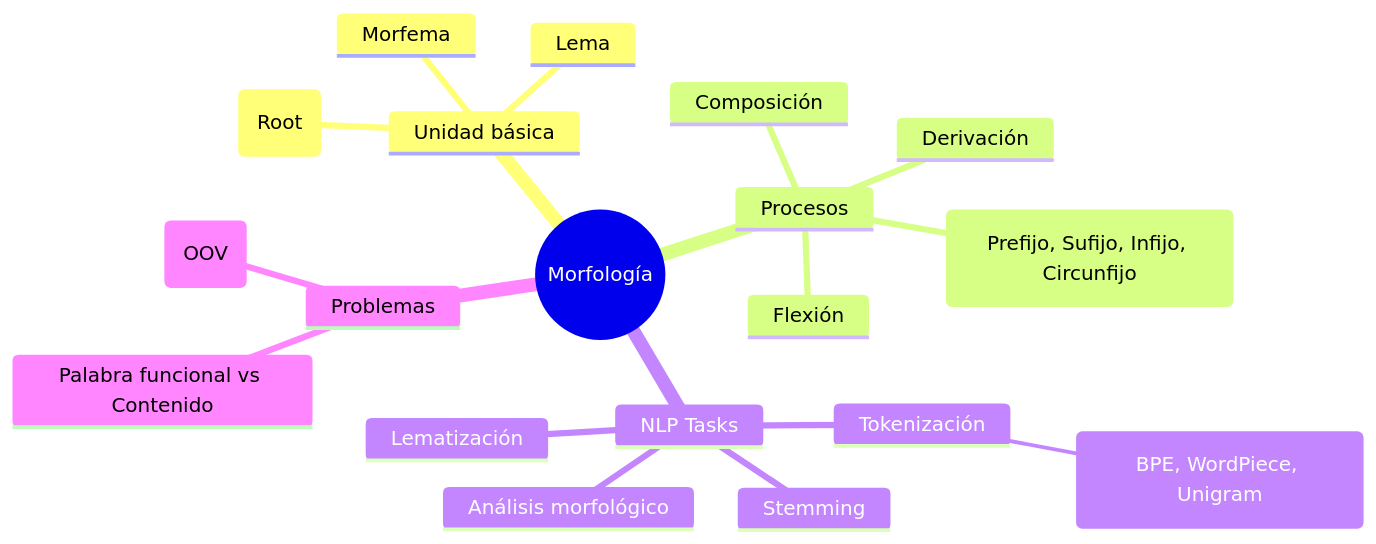
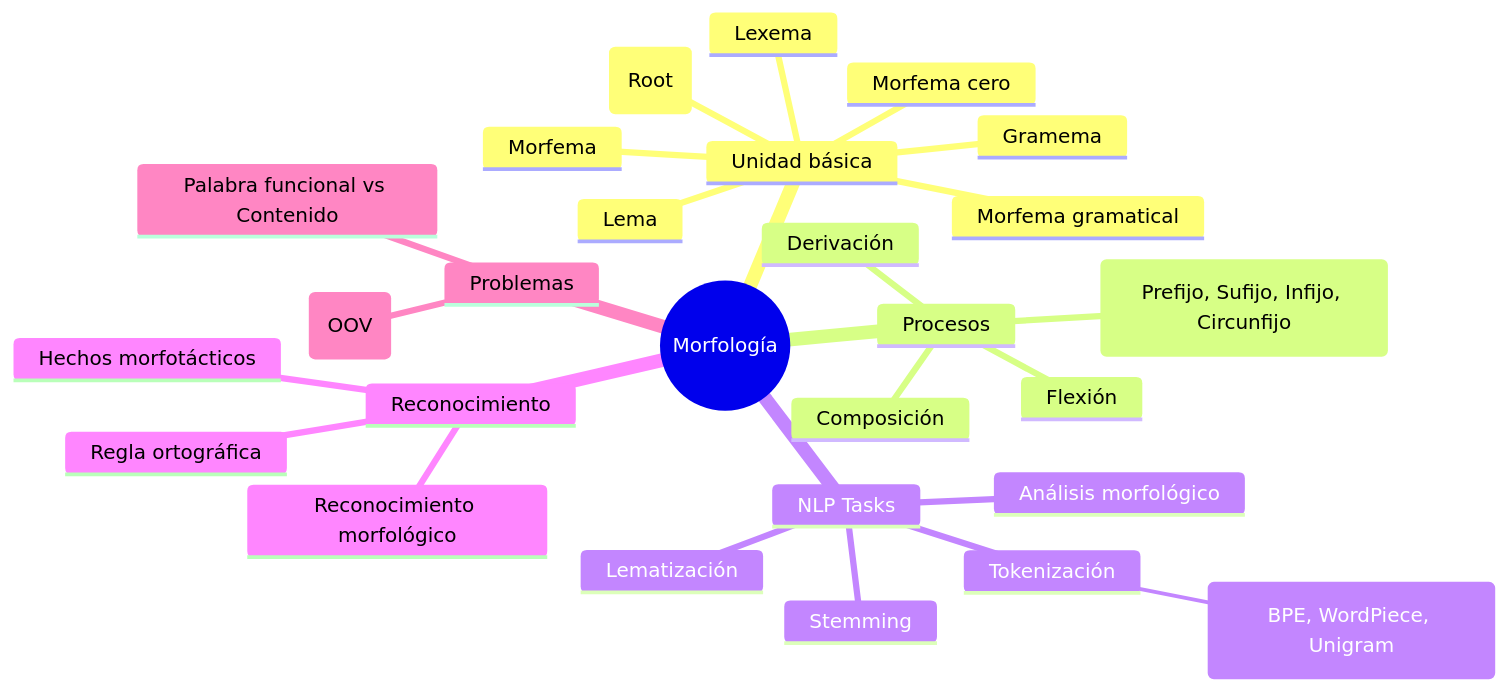
Diagram 23 of 27 in src/src/data/blog/2026/04/es/glosario-linguistica-nlp.mdx (rgglez/rgglez-website), drawn with Mermaid before and after one commit. The commit also changed other lines of this file and 25 other files, not shown here.

Commit message:
Mermaid improvements

````diff
--- a/src/src/data/blog/2026/04/es/glosario-linguistica-nlp.mdx
+++ b/src/src/data/blog/2026/04/es/glosario-linguistica-nlp.mdx
@@ -2039,22 +2409,30 @@
 ```mermaid
 mindmap
   root((Morfología))
     Unidad básica
       Morfema
       Raíz (Root)
       Lema
+      Lexema
+      Gramema
+      Morfema gramatical
+      Morfema cero
     Procesos
       Flexión
       Derivación
       Composición
       Afijos (Prefijo, Sufijo, Infijo, Circunfijo)
     NLP Tasks
       Tokenización
         Subword (BPE, WordPiece, Unigram)
       Stemming
       Lematización
       Análisis morfológico
+    Reconocimiento
+      Hechos morfotácticos
+      Regla ortográfica
+      Reconocimiento morfológico
     Problemas
       Palabra funcional vs Contenido
       Vocabulario abierto/cerrado (OOV)
 ```
````
